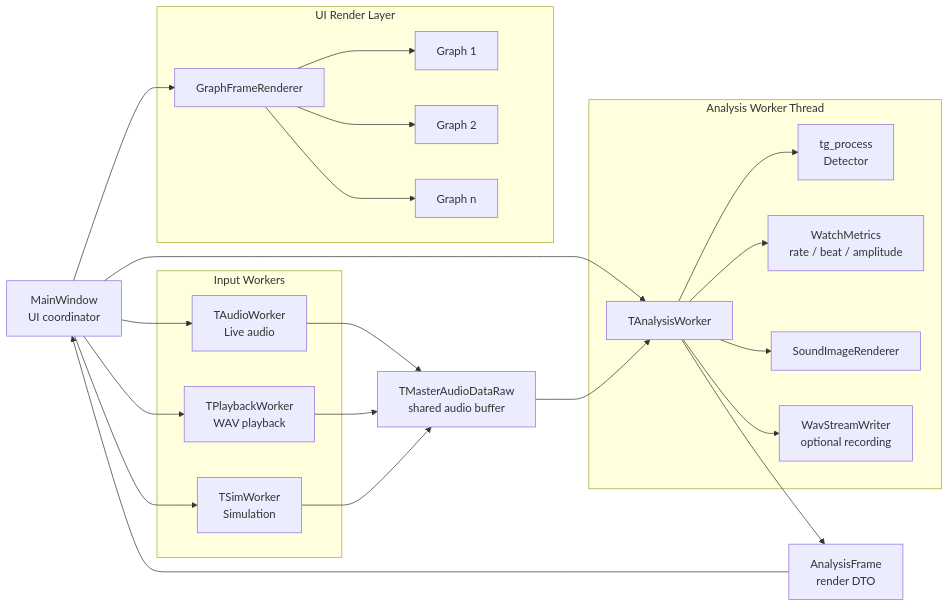
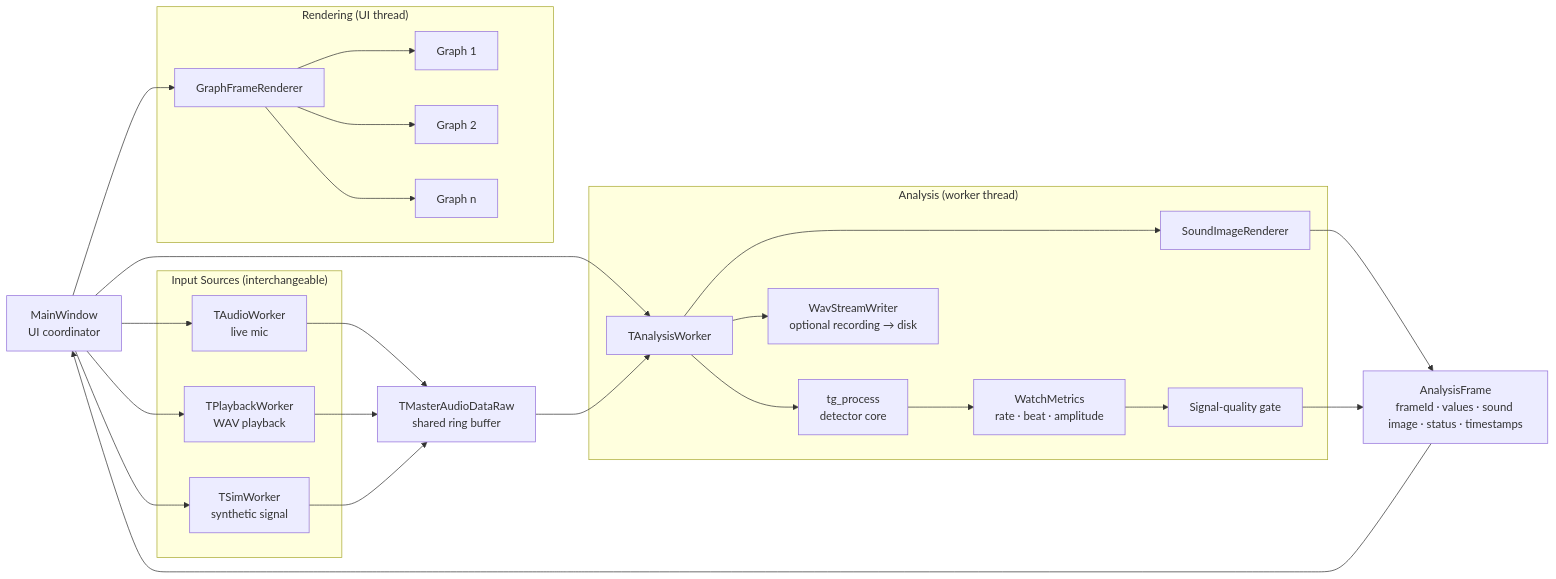
The first of 4 diagrams in Milestone1/Milestone1_Architectural_Approches.md (lgcmu2026-team5/TimeGrapher-Docs), drawn with Mermaid before and after one commit. The commit also changed other lines of this file, not shown here.

Commit message:
docs: rewrite Architectural Approaches as forward-looking SAP design decisions (AP-1..7 linked to QAS/C drivers)

````diff
--- a/Milestone1/Milestone1_Architectural_Approches.md
+++ b/Milestone1/Milestone1_Architectural_Approches.md
@@ -9,51 +21,54 @@
 ```mermaid
 flowchart LR
     MW[MainWindow<br/>UI coordinator]
 
-    subgraph Input["Input Workers"]
-        AW[TAudioWorker<br/>Live audio]
+    subgraph Input["Input Sources (interchangeable)"]
+        AW[TAudioWorker<br/>live mic]
         PW[TPlaybackWorker<br/>WAV playback]
-        SW[TSimWorker<br/>Simulation]
+        SW[TSimWorker<br/>synthetic signal]
     end
 
-    BUF[TMasterAudioDataRaw<br/>shared audio buffer]
+    BUF[TMasterAudioDataRaw<br/>shared ring buffer]
 
-    subgraph Analysis["Analysis Worker Thread"]
+    subgraph Analysis["Analysis (worker thread)"]
         AN[TAnalysisWorker]
-        TG[tg_process<br/>Detector]
-        WM[WatchMetrics<br/>rate / beat / amplitude]
+        TG[tg_process<br/>detector core]
+        WM[WatchMetrics<br/>rate · beat · amplitude]
+        QG[Signal-quality gate]
         SR[SoundImageRenderer]
-        WAV[WavStreamWriter<br/>optional recording]
+        WAV[WavStreamWriter<br/>optional recording → disk]
     end
 
-    DTO[AnalysisFrame<br/>render DTO]
+    DTO[AnalysisFrame<br/>frameId · values · sound image · status · timestamps]
 
-    subgraph Render["UI Render Layer"]
+    subgraph Render["Rendering (UI thread)"]
         GR[GraphFrameRenderer]
-        SCP[Graph 1]
-        RTP[Graph 2]
-        IMG[Graph n]
+        G1[Graph 1]
+        G2[Graph 2]
+        GN[Graph n]
     end
 
     AW --> BUF
     PW --> BUF
     SW --> BUF
 
     MW --> AW
     MW --> PW
     MW --> SW
     MW --> AN
 
     BUF --> AN
     AN --> TG
-    AN --> WM
+    TG --> WM
+    WM --> QG
     AN --> SR
+    SR --> DTO
     AN --> WAV
-    AN --> DTO
+    QG --> DTO
 
     DTO --> MW
     MW --> GR
-    GR --> SCP
-    GR --> RTP
-    GR --> IMG
+    GR --> G1
+    GR --> G2
+    GR --> GN
 ```
````
